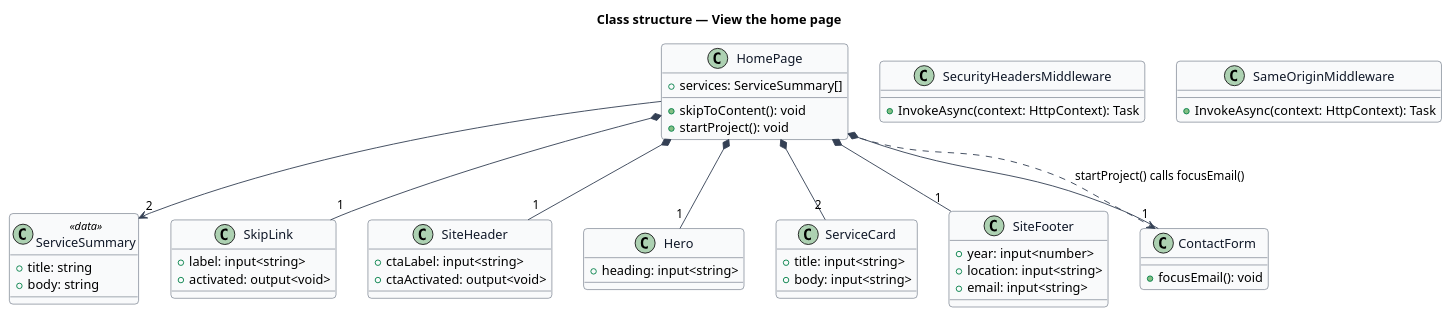
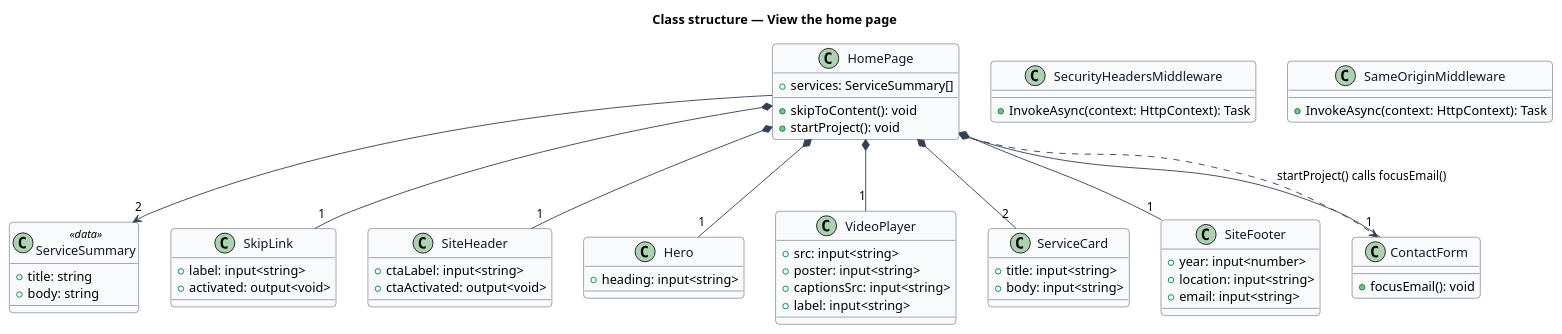
One commit to QuinntyneBrown/goodwork changed the diagram in docs/detailed-designs/site/view-home-page/diagrams/class-structure.puml. Above: the diagram before and after it, drawn with PlantUML. The commit also changed 137 other files, not shown here.

```diff
--- a/docs/detailed-designs/site/view-home-page/diagrams/class-structure.puml
+++ b/docs/detailed-designs/site/view-home-page/diagrams/class-structure.puml
@@ -1,60 +1,67 @@
 @startuml
 skinparam backgroundColor #FFFFFF
 skinparam shadowing false
 skinparam roundcorner 8
 skinparam defaultFontName Arial
 skinparam ArrowColor #344054
 skinparam class {
   BorderColor #344054
   FontColor #101828
   BackgroundColor #F9FAFB
 }
 title Class structure — View the home page
 
 class HomePage {
   +services: ServiceSummary[]
   +skipToContent(): void
   +startProject(): void
 }
 class ServiceSummary <<data>> {
   +title: string
   +body: string
 }
 class SkipLink {
   +label: input<string>
   +activated: output<void>
 }
 class SiteHeader {
   +ctaLabel: input<string>
   +ctaActivated: output<void>
 }
 class Hero {
   +heading: input<string>
 }
+class VideoPlayer {
+  +src: input<string>
+  +poster: input<string>
+  +captionsSrc: input<string>
+  +label: input<string>
+}
 class ServiceCard {
   +title: input<string>
   +body: input<string>
 }
 class SiteFooter {
   +year: input<number>
   +location: input<string>
   +email: input<string>
 }
 class ContactForm {
   +focusEmail(): void
 }
 class SecurityHeadersMiddleware {
   +InvokeAsync(context: HttpContext): Task
 }
 class SameOriginMiddleware {
   +InvokeAsync(context: HttpContext): Task
 }
 HomePage *-- "1" SkipLink
 HomePage *-- "1" SiteHeader
 HomePage *-- "1" Hero
+HomePage *-- "1" VideoPlayer
 HomePage *-- "2" ServiceCard
 HomePage *-- "1" ContactForm
 HomePage *-- "1" SiteFooter
 HomePage --> "2" ServiceSummary
 HomePage ..> ContactForm : startProject() calls focusEmail()
 @enduml
```
